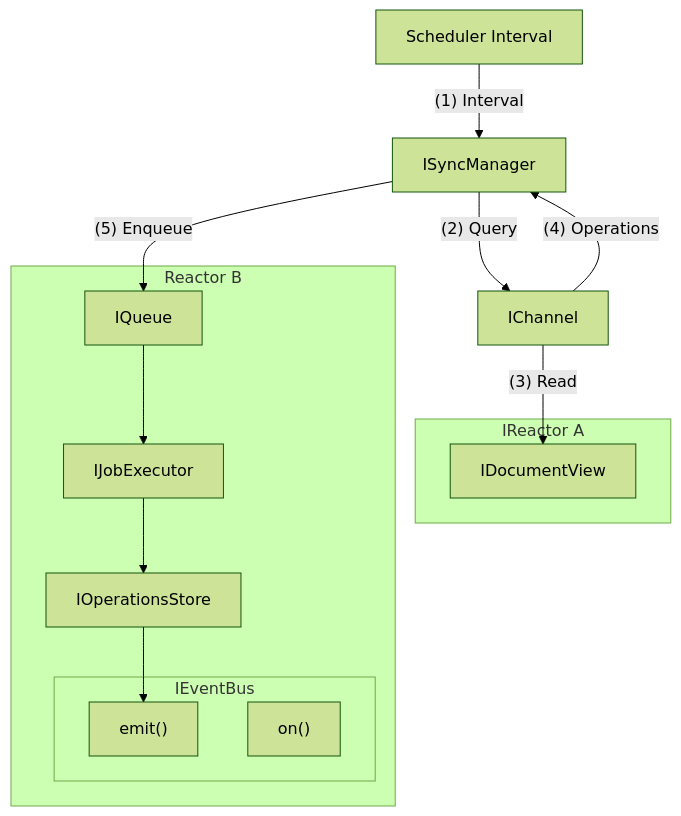
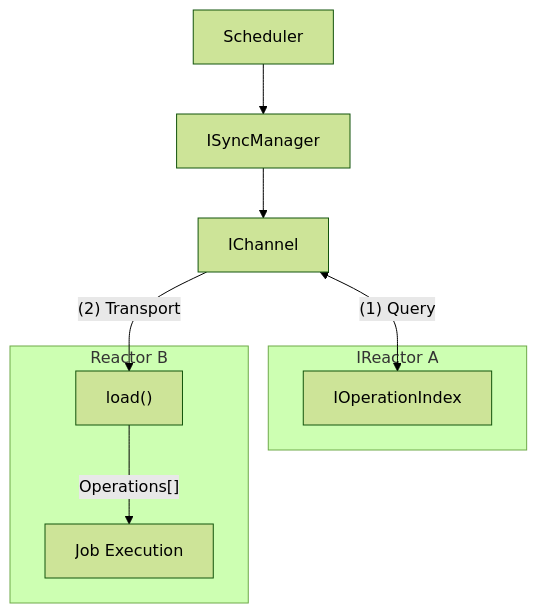
Before and after one commit to powerhouse-inc/powerhouse: the second of 4 diagrams in packages/reactor/docs/planning/Synchronization/index.md, drawn with Mermaid (forest theme). The commit also changed other lines of this file and 2 other files, not shown here.

````diff
--- a/packages/reactor/docs/planning/Synchronization/index.md
+++ b/packages/reactor/docs/planning/Synchronization/index.md
@@ -52,22 +47,14 @@
 ```mermaid
 graph
+    BScheduler["Scheduler"] --> BSync["ISyncManager"]
+    IChannel <-->|"(1) Query"| AOI
+    BSync --> IChannel -->|"(2) Transport"| Load
+
     subgraph "IReactor A"
-        ADV["IDocumentView"]
+        AOI["IOperationIndex"]
     end
 
     subgraph "Reactor B"
-        BQueue --> BJobs["IJobExecutor"] --> BOS["IOperationsStore"]
-        BOS --> BPub
-
-        subgraph BEvents["IEventBus"]
-            BPub["emit()"]
-            BSub["on()"]
-        end
+        Load["load()"] -->|"Operations[]"| JEB["Job Execution"]
     end
-
-    BScheduler["Scheduler Interval"] -->|"(1) Interval"| BSync["ISyncManager"]
-    BSync -->|"(2) Query"| IChannel
-    IChannel -->|"(3) Read"| ADV
-    IChannel -->|"(4) Operations"| BSync
-    BSync -->|"(5) Enqueue"| BQueue["IQueue"]
 ```
````
